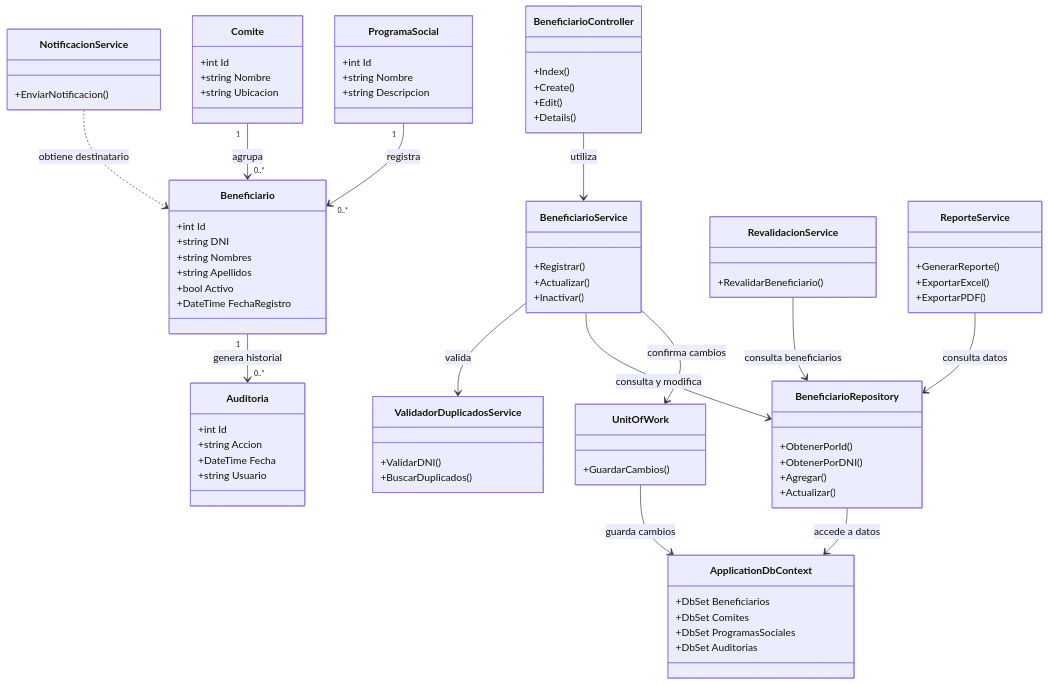
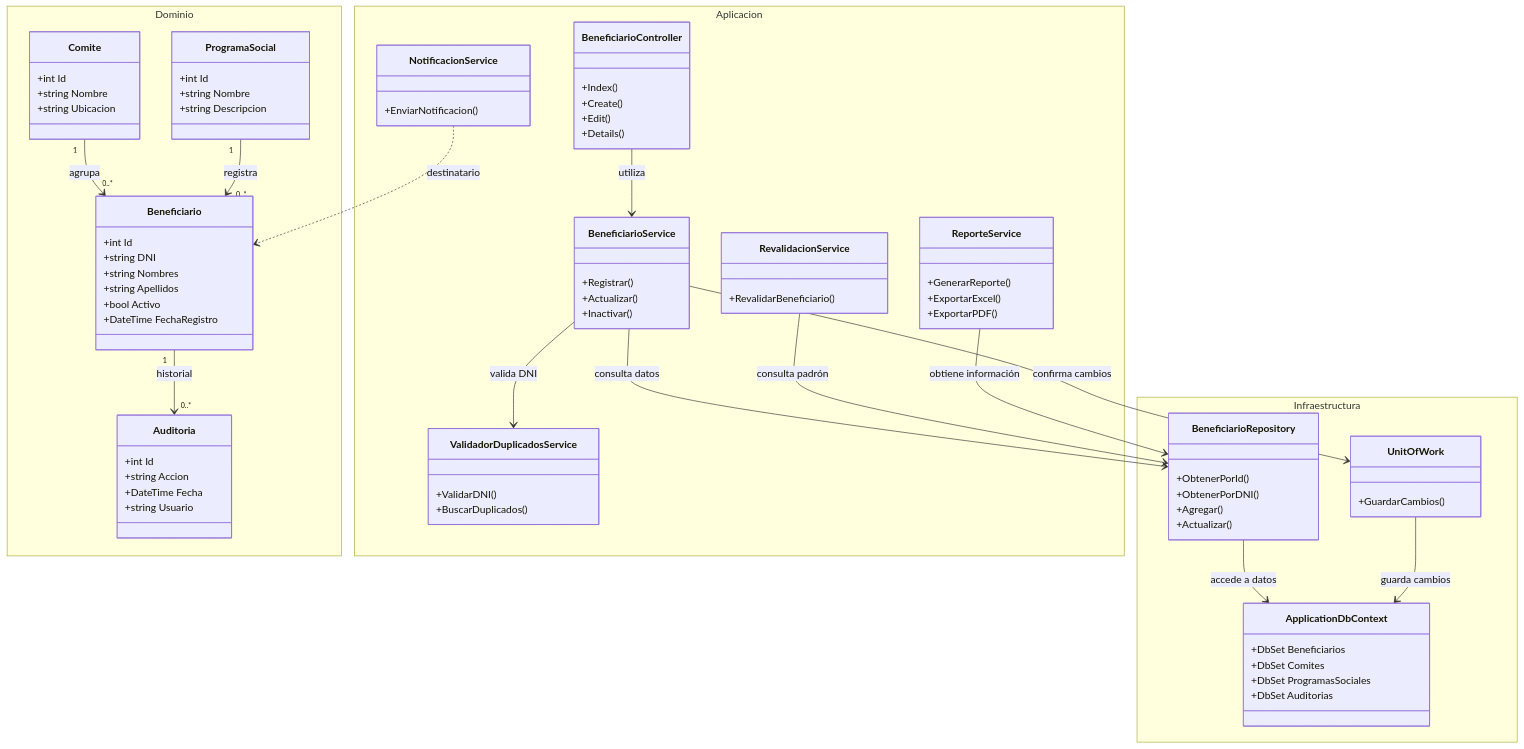
The diagram in arquitectura/C4/C4-codigo.md (Yey-Cardenas/Programas-Sociales), drawn with Mermaid before and after one commit. The commit also changed other lines of this file and 3 other files, not shown here.

Commit message:
docs: mejorar diagramas del modelo C4 con Mermaid

````diff
--- a/arquitectura/C4/C4-codigo.md
+++ b/arquitectura/C4/C4-codigo.md
@@ -14,94 +10,108 @@
 ```mermaid
 classDiagram
-    class Beneficiario {
-        +int Id
-        +string DNI
-        +string Nombres
-        +string Apellidos
-        +bool Activo
-        +DateTime FechaRegistro
+    direction TB
+
+    namespace Dominio {
+        class Beneficiario {
+            +int Id
+            +string DNI
+            +string Nombres
+            +string Apellidos
+            +bool Activo
+            +DateTime FechaRegistro
+        }
+
+        class Comite {
+            +int Id
+            +string Nombre
+            +string Ubicacion
+        }
+
+        class ProgramaSocial {
+            +int Id
+            +string Nombre
+            +string Descripcion
+        }
+
+        class Auditoria {
+            +int Id
+            +string Accion
+            +DateTime Fecha
+            +string Usuario
+        }
     }
 
-    class Comite {
-        +int Id
-        +string Nombre
-        +string Ubicacion
+    namespace Aplicacion {
+        class BeneficiarioController {
+            +Index()
+            +Create()
+            +Edit()
+            +Details()
+        }
+
+        class BeneficiarioService {
+            +Registrar()
+            +Actualizar()
+            +Inactivar()
+        }
+
+        class ValidadorDuplicadosService {
+            +ValidarDNI()
+            +BuscarDuplicados()
+        }
+
+        class RevalidacionService {
+            +RevalidarBeneficiario()
+        }
+
+        class NotificacionService {
+            +EnviarNotificacion()
+        }
+
+        class ReporteService {
+            +GenerarReporte()
+            +ExportarExcel()
+            +ExportarPDF()
+        }
     }
 
-    class ProgramaSocial {
-        +int Id
-        +string Nombre
-        +string Descripcion
-    }
+    namespace Infraestructura {
+        class BeneficiarioRepository {
+            +ObtenerPorId()
+            +ObtenerPorDNI()
+            +Agregar()
+            +Actualizar()
+        }
 
-    class Auditoria {
-        +int Id
-        +string Accion
-        +DateTime Fecha
-        +string Usuario
-    }
+        class UnitOfWork {
+            +GuardarCambios()
+        }
 
-    class BeneficiarioController {
-        +Index()
-        +Create()
-        +Edit()
-        +Details()
-    }
-
-    class BeneficiarioService {
-        +Registrar()
-        +Actualizar()
-        +Inactivar()
-    }
-
-    class ValidadorDuplicadosService {
-        +ValidarDNI()
-        +BuscarDuplicados()
-    }
-
-    class RevalidacionService {
-        +RevalidarBeneficiario()
-    }
-
-    class NotificacionService {
-        +EnviarNotificacion()
-    }
-
-    class ReporteService {
-        +GenerarReporte()
-        +ExportarExcel()
-        +ExportarPDF()
-    }
-
-    class BeneficiarioRepository {
-        +ObtenerPorId()
-        +ObtenerPorDNI()
-        +Agregar()
-        +Actualizar()
-    }
-
-    class UnitOfWork {
-        +GuardarCambios()
-    }
-
-    class ApplicationDbContext {
-        +DbSet Beneficiarios
-        +DbSet Comites
-        +DbSet ProgramasSociales
-        +DbSet Auditorias
+        class ApplicationDbContext {
+            +DbSet Beneficiarios
+            +DbSet Comites
+            +DbSet ProgramasSociales
+            +DbSet Auditorias
+        }
     }
 
     BeneficiarioController --> BeneficiarioService : utiliza
-    BeneficiarioService --> ValidadorDuplicadosService : valida
-    BeneficiarioService --> BeneficiarioRepository : consulta y modifica
+    BeneficiarioService --> ValidadorDuplicadosService : valida DNI
+    BeneficiarioService --> BeneficiarioRepository : consulta datos
     BeneficiarioService --> UnitOfWork : confirma cambios
-    RevalidacionService --> BeneficiarioRepository : consulta beneficiarios
-    NotificacionService ..> Beneficiario : obtiene destinatario
-    ReporteService --> BeneficiarioRepository : consulta datos
+
+    RevalidacionService --> BeneficiarioRepository : consulta padrón
+    ReporteService --> BeneficiarioRepository : obtiene información
+    NotificacionService ..> Beneficiario : destinatario
+
     BeneficiarioRepository --> ApplicationDbContext : accede a datos
     UnitOfWork --> ApplicationDbContext : guarda cambios
 
     Comite "1" --> "0..*" Beneficiario : agrupa
     ProgramaSocial "1" --> "0..*" Beneficiario : registra
-    Beneficiario "1" --> "0..*" Auditoria : genera historial
+    Beneficiario "1" --> "0..*" Auditoria : historial
+
+    classDef domain fill:#D6EAF8,stroke:#2874A6,color:#154360
+    classDef application fill:#D5F5E3,stroke:#239B56,color:#145A32
+    classDef infrastructure fill:#FCF3CF,stroke:#B7950B,color:#7D6608
 ```
````
